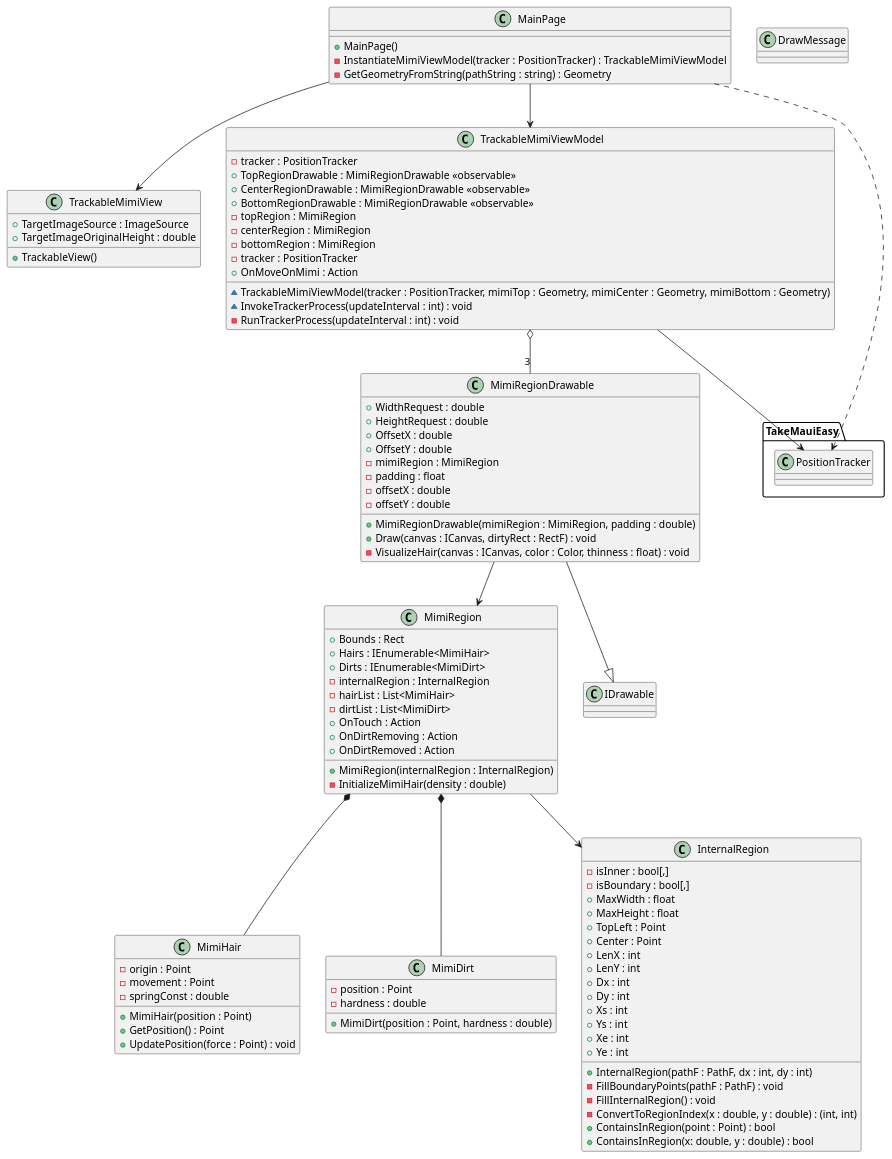
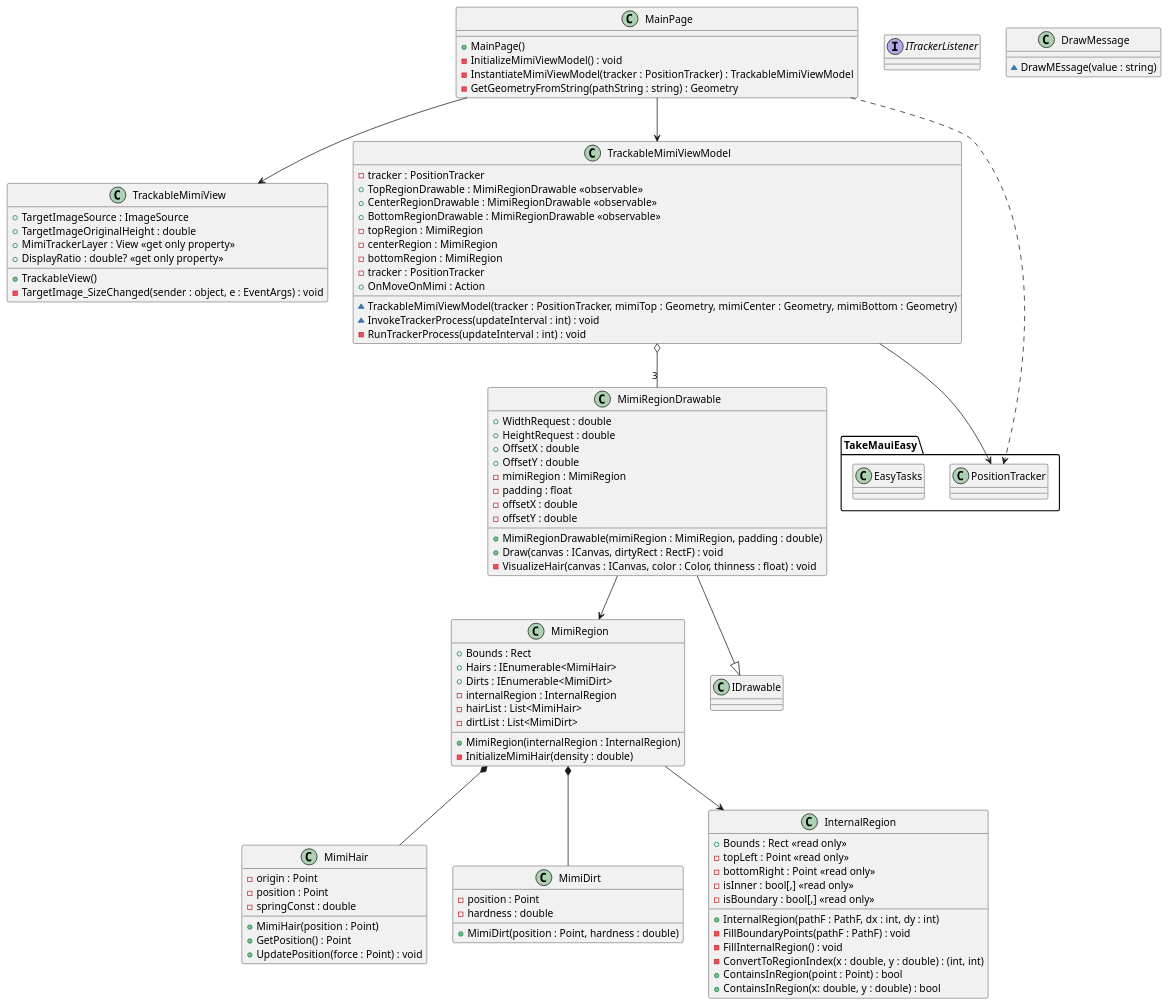
Before and after one commit to tatsuya19871219/MauiMimikakiApp: the diagram in uml/MimikakiApp.puml, drawn with PlantUML. The commit also changed 16 other files, not shown here.

```diff
--- a/uml/MimikakiApp.puml
+++ b/uml/MimikakiApp.puml
@@ -1,172 +1,155 @@
 @startuml MimikakiClassDiagram
 ' Models
 ' class MimiModel
 ' {
 '     - height : int
 '     - width : int
 '     - topRegion : MimiRegion
 '     - centerRegion : MimiRegion
 '     - bottomRegion : MimiRegion
 ' }
 
 class MimiRegion
 {
     + Bounds : Rect
     + Hairs : IEnumerable<MimiHair>
     + Dirts : IEnumerable<MimiDirt>
     - internalRegion : InternalRegion
     - hairList : List<MimiHair>
     - dirtList : List<MimiDirt>
     + MimiRegion(internalRegion : InternalRegion)
     - InitializeMimiHair(density : double)
-    + OnTouch : Action
-    + OnDirtRemoving : Action
-    + OnDirtRemoved : Action
+    '+ OnTouch : Action
+    '+ OnDirtRemoving : Action
+    '+ OnDirtRemoved : Action
+}
+
+interface ITrackerListener
+{
+    
 }
 
 class MimiHair
 {
     - origin : Point
-    - movement : Point
+    - position : Point
     - springConst : double
     + MimiHair(position : Point)
     + GetPosition() : Point
     + UpdatePosition(force : Point) : void
 }
 
 class MimiDirt
 {
     - position : Point
     - hardness : double
     + MimiDirt(position : Point, hardness : double)
 }
 
 class InternalRegion
 {
-    '- dict : Dictionary<string, bool[,]>
-    '+ this[string] : bool[,]
-    - isInner : bool[,]
-    - isBoundary : bool[,]
-    + MaxWidth : float
-    + MaxHeight : float
-    + TopLeft : Point
-    + Center : Point
-    + LenX : int
-    + LenY : int
-    + Dx : int
-    + Dy : int
-    + Xs : int
-    + Ys : int
-    + Xe : int
-    + Ye : int
+    + Bounds : Rect <<read only>>
+    - topLeft : Point <<read only>>
+    - bottomRight : Point <<read only>>
+    - isInner : bool[,] <<read only>>
+    - isBoundary : bool[,] <<read only>>
     + InternalRegion(pathF : PathF, dx : int, dy : int)
     - FillBoundaryPoints(pathF : PathF) : void
     - FillInternalRegion() : void
     - ConvertToRegionIndex(x : double, y : double) : (int, int)
     + ContainsInRegion(point : Point) : bool
     + ContainsInRegion(x: double, y : double) : bool
 }
 
 ' Views
 class TrackableMimiView
 {
-    ' - targetView : ViewModels
     + TargetImageSource : ImageSource
     + TargetImageOriginalHeight : double
-    ' - displayRatio : double
+    + MimiTrackerLayer : View <<get only property>>
+    + DisplayRatio : double? <<get only property>>
     + TrackableView()
-    ' + SetTargetView(targetView : View, targetHeightRequest : double) : Task
-    ' - InitializeTrackableView() : Task
-    ' + RegistDetectableRegionView(detectableView : DetectableRegionView) : void
+    - TargetImage_SizeChanged(sender : object, e : EventArgs) : void
 }
 
-' class MimiRegionView
-' {
-'     - regionDots : Shape[,]
-'     + DetectableRegionView(...)
-'     + ShowFlaggedRegion(region : PathInternalRegion, flags : bool[,], color : Color) : void
-' }
 
 ' ViewModels
 class TrackableMimiViewModel
 {
     - tracker : PositionTracker
     '- trackableMimiView : TrackableMimiView
     '- mimi : MimiModel
     + TopRegionDrawable : MimiRegionDrawable <<observable>>
     + CenterRegionDrawable : MimiRegionDrawable <<observable>>
     + BottomRegionDrawable : MimiRegionDrawable <<observable>>
     - topRegion : MimiRegion
     - centerRegion : MimiRegion
     - bottomRegion : MimiRegion
     - tracker : PositionTracker
     + OnMoveOnMimi : Action
     '+ BindTrackableMimi(trackableMimiView : TrackableMimiView) : void
     '- RunTrackerProcess()
     ~ TrackableMimiViewModel(tracker : PositionTracker, mimiTop : Geometry, mimiCenter : Geometry, mimiBottom : Geometry)
     ~ InvokeTrackerProcess(updateInterval : int) : void
     - RunTrackerProcess(updateInterval : int) : void
 }
 
-' class MimiRegionViewModel
-' {
-'     - regionView : MimiRegionView
-'     - region : MimiRegion
-'     + MimiRegionViewModel(geometry : Geometry)
-' }
 
 ' Drawable
 class MimiRegionDrawable
 {
     + WidthRequest : double
     + HeightRequest : double
     + OffsetX : double
     + OffsetY : double
     - mimiRegion : MimiRegion
     '- internal : InternalRegion
     - padding : float
     - offsetX : double
     - offsetY : double
     + MimiRegionDrawable(mimiRegion : MimiRegion, padding : double)
     + Draw(canvas : ICanvas, dirtyRect : RectF) : void
     - VisualizeHair(canvas : ICanvas, color : Color, thinness : float) : void
 }
 
 ' Message
 class DrawMessage
 {
-
+    ~ DrawMEssage(value : string)
 }
 
 ' Page
 class MainPage
 {
     + MainPage()
+    - InitializeMimiViewModel() : void
     - InstantiateMimiViewModel(tracker : PositionTracker) : TrackableMimiViewModel
     - GetGeometryFromString(pathString : string) : Geometry
 }
 
 ' Library
 package TakeMauiEasy
 {
     class PositionTracker
+
+    class EasyTasks
 }
 
 ' 
 'MimiModel o-- "3" MimiRegion
 MimiRegion --> InternalRegion
 MimiRegion *-- MimiHair
 MimiRegion *-- MimiDirt
 '
 TrackableMimiViewModel --> PositionTracker
 'TrackableMimiViewModel --> MimiModel
 TrackableMimiViewModel o-- "3" MimiRegionDrawable
 
 MainPage --> TrackableMimiViewModel
 MainPage ..> PositionTracker
 MainPage --> TrackableMimiView
 
 MimiRegionDrawable --|> IDrawable
 MimiRegionDrawable --> MimiRegion
 
 @enduml
```
